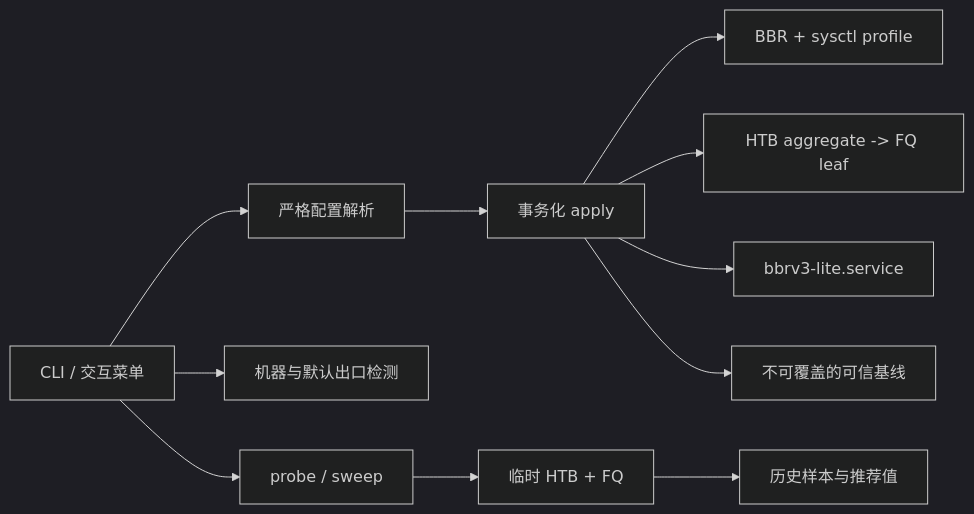
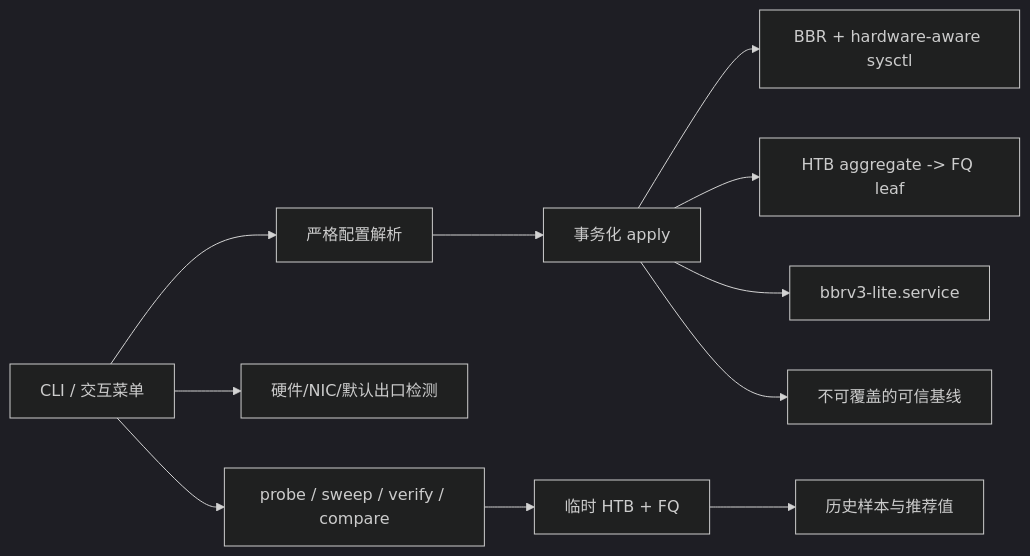
One commit to ike-sh/bbrv3-lite changed the diagram in README.md. Above: the diagram before and after it, drawn with Mermaid (dark theme). The commit also changed other lines of this file and 17 other files, not shown here.

````diff
--- a/README.md
+++ b/README.md
@@ -28,13 +31,13 @@
 ```mermaid
 flowchart LR
     CLI["CLI / 交互菜单"] --> CFG["严格配置解析"]
-    CLI --> DETECT["机器与默认出口检测"]
-    CLI --> MEASURE["probe / sweep"]
+    CLI --> DETECT["硬件/NIC/默认出口检测"]
+    CLI --> MEASURE["probe / sweep / verify / compare"]
     MEASURE --> TEMP["临时 HTB + FQ"]
     TEMP --> RESULT["历史样本与推荐值"]
     CFG --> APPLY["事务化 apply"]
-    APPLY --> SYSCTL["BBR + sysctl profile"]
+    APPLY --> SYSCTL["BBR + hardware-aware sysctl"]
     APPLY --> TC["HTB aggregate -> FQ leaf"]
     APPLY --> SERVICE["bbrv3-lite.service"]
     APPLY --> BASELINE["不可覆盖的可信基线"]
 ```
````
